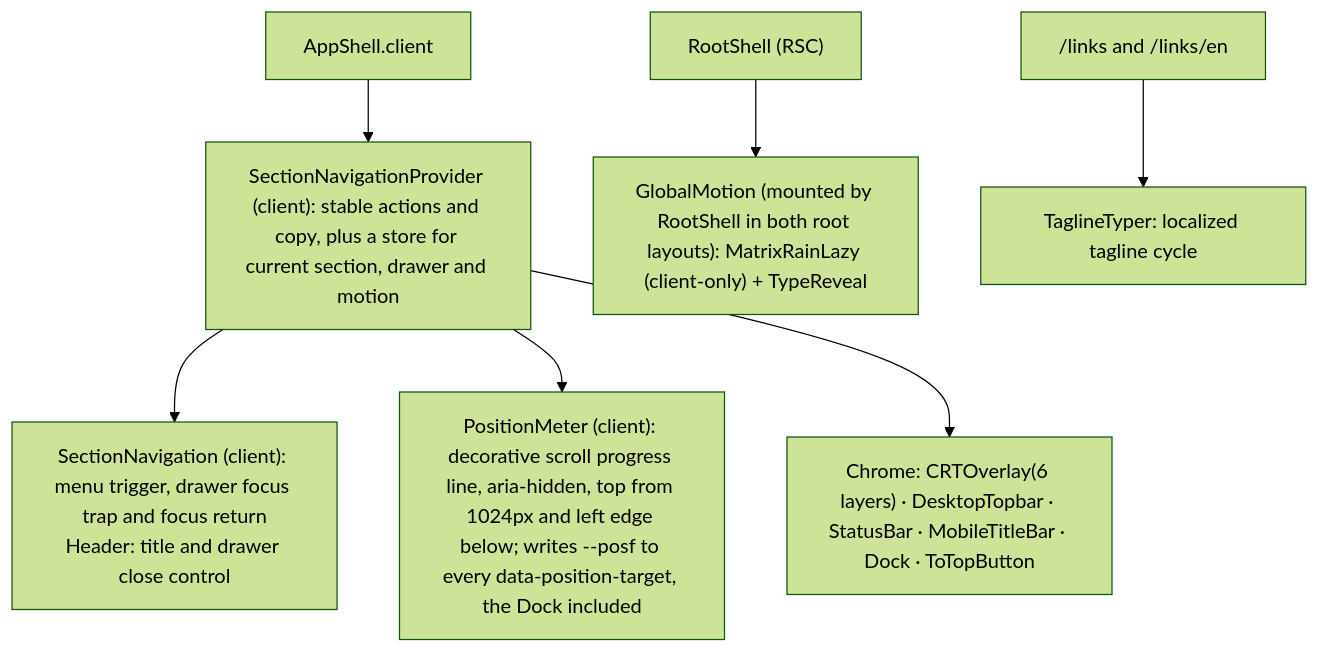
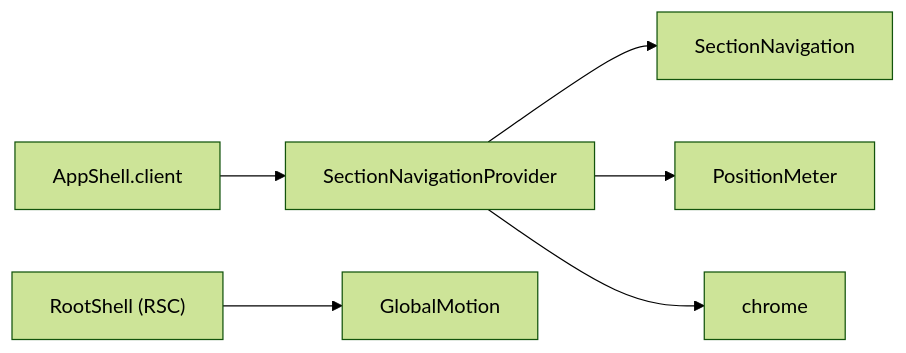
The second of 5 diagrams in docs/04-components-and-state.md (erikunha/portfolio), drawn with Mermaid (forest theme) before and after one commit. The commit also changed other lines of this file and 1454 other files, not shown here.

First line of the commit message:
refactor(architecture): milestones M0 to M14 and native ci:full (#423)

````diff
--- a/docs/04-components-and-state.md
+++ b/docs/04-components-and-state.md
@@ -68,9 +66,8 @@
 ```mermaid
-flowchart TD
-    shell["AppShell.client"] --> navigation["SectionNavigationProvider (client): stable actions and copy, plus a store for current section, drawer and motion"]
-    navigation --> rail["SectionNavigation (client): menu trigger, drawer focus trap and focus return<br/>Header: title and drawer close control"]
-    navigation --> position["PositionMeter (client): decorative scroll progress line, aria-hidden, top from 1024px and left edge below; writes --posf to every data-position-target, the Dock included"]
-    navigation --> chrome["Chrome: CRTOverlay(6 layers) · DesktopTopbar · StatusBar · MobileTitleBar · Dock · ToTopButton"]
-    rootshell["RootShell (RSC)"] --> gm["GlobalMotion (mounted by RootShell in both root layouts): MatrixRainLazy (client-only) + TypeReveal"]
-    links["/links and /links/en"] --> tagline["TaglineTyper: localized tagline cycle"]
+flowchart LR
+    app["AppShell.client"] --> nav["SectionNavigationProvider"]
+    nav --> drawer["SectionNavigation"]
+    nav --> meter["PositionMeter"]
+    nav --> chrome["chrome"]
+    root["RootShell (RSC)"] --> gm["GlobalMotion"]
 ```
````
